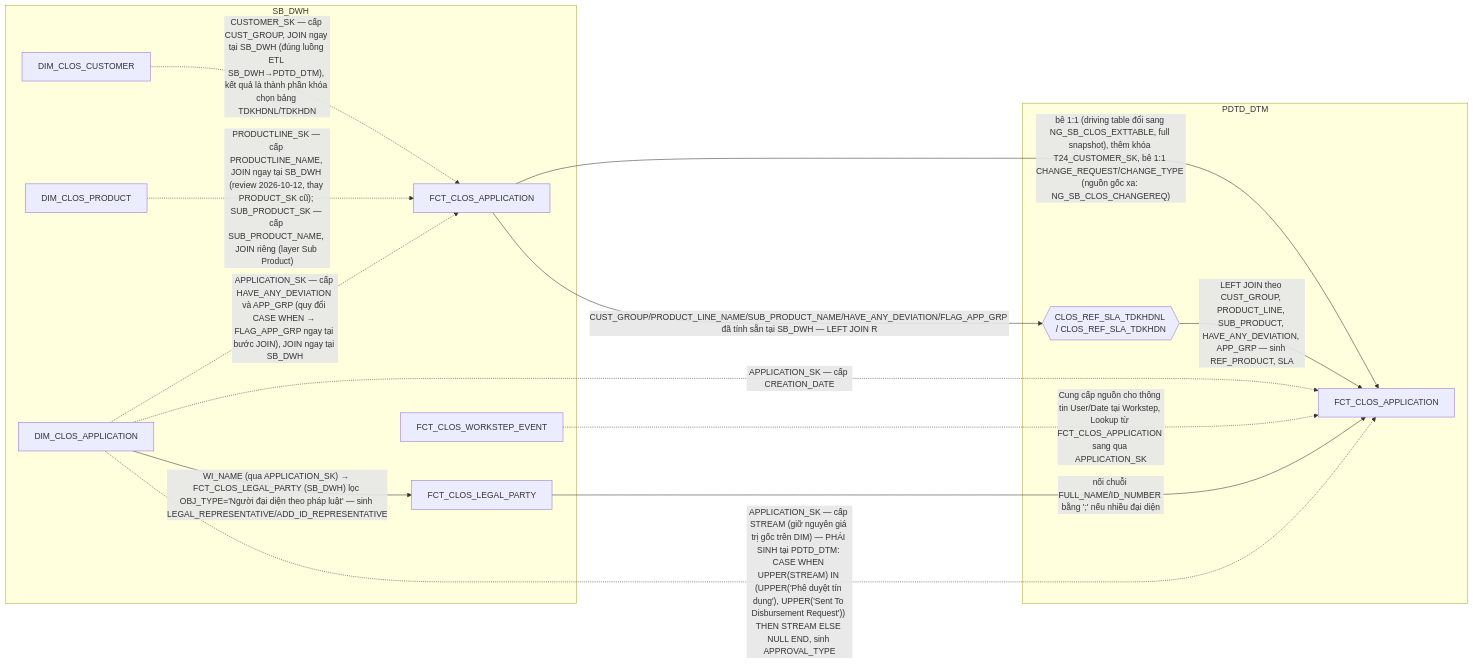
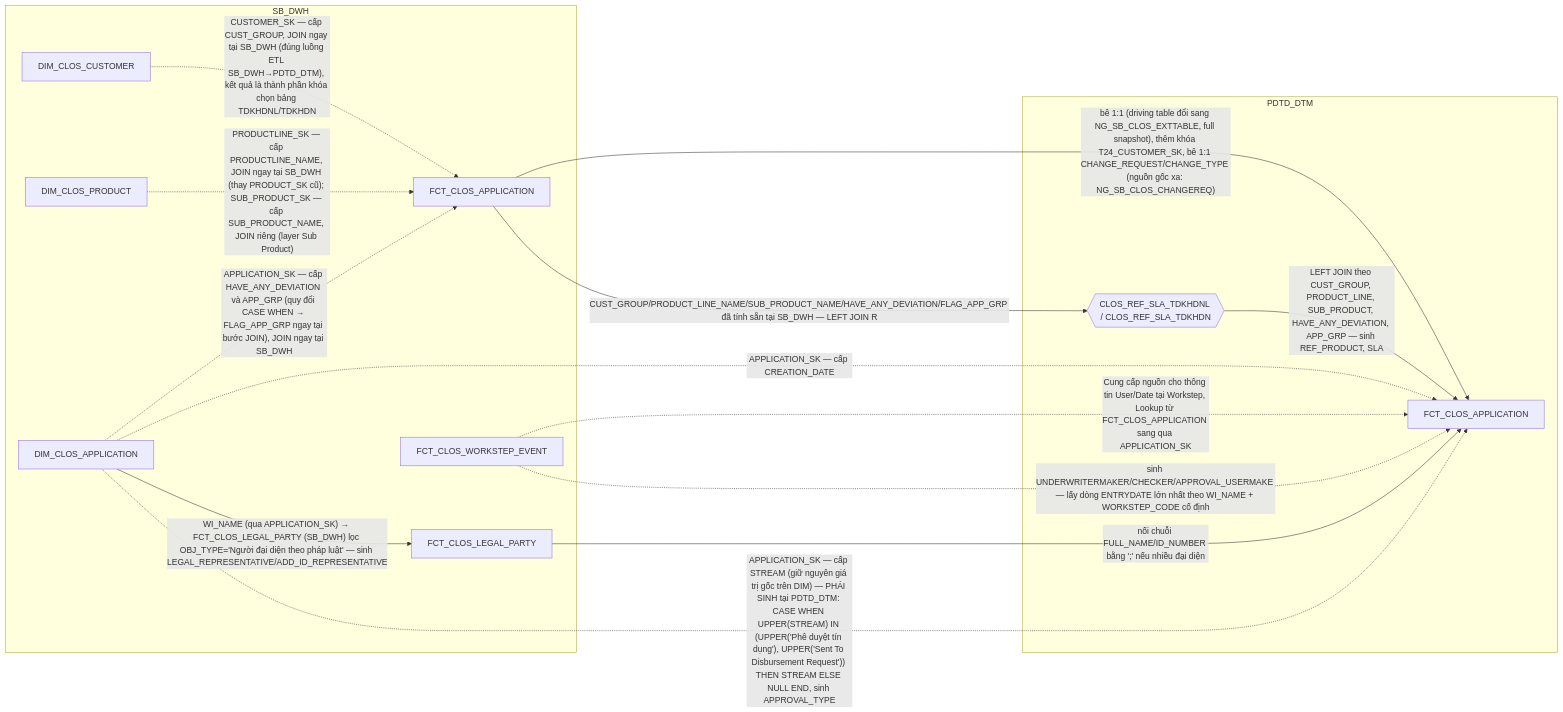
Before and after one commit to chien1198/sb-mapping-gen: the fourth of 19 diagrams in hld/hld_review/HLD_FCT_PDTD_DTM_review.md, drawn with Mermaid. The commit also changed other lines of this file and 160 other files, not shown here.

````diff
--- a/hld/hld_review/HLD_FCT_PDTD_DTM_review.md
+++ b/hld/hld_review/HLD_FCT_PDTD_DTM_review.md
@@ -233,26 +233,27 @@
 ```mermaid
 flowchart LR
     subgraph SB_DWH
         C["FCT_CLOS_APPLICATION"]
         SK["DIM_CLOS_CUSTOMER"]
         SH["DIM_CLOS_PRODUCT"]
         SCA["DIM_CLOS_APPLICATION"]
         SLP["FCT_CLOS_LEGAL_PARTY"]
         WE["FCT_CLOS_WORKSTEP_EVENT"]
     end
     subgraph PDTD_DTM
         R{{"CLOS_REF_SLA_TDKHDNL / CLOS_REF_SLA_TDKHDN"}}
         D["FCT_CLOS_APPLICATION"]
     end
     C -->|"bê 1:1 (driving table đổi sang NG_SB_CLOS_EXTTABLE, full snapshot), thêm khóa T24_CUSTOMER_SK, bê 1:1 CHANGE_REQUEST/CHANGE_TYPE (nguồn gốc xa: NG_SB_CLOS_CHANGEREQ)"| D
     SK -.->|"CUSTOMER_SK — cấp CUST_GROUP, JOIN ngay tại SB_DWH (đúng luồng ETL SB_DWH→PDTD_DTM), kết quả là thành phần khóa chọn bảng TDKHDNL/TDKHDN"| C
-    SH -.->|"PRODUCTLINE_SK — cấp PRODUCTLINE_NAME, JOIN ngay tại SB_DWH (review 2026-10-12, thay PRODUCT_SK cũ); SUB_PRODUCT_SK — cấp SUB_PRODUCT_NAME, JOIN riêng (layer Sub Product)"| C
+    SH -.->|"PRODUCTLINE_SK — cấp PRODUCTLINE_NAME, JOIN ngay tại SB_DWH (thay PRODUCT_SK cũ); SUB_PRODUCT_SK — cấp SUB_PRODUCT_NAME, JOIN riêng (layer Sub Product)"| C
     SCA -.->|"APPLICATION_SK — cấp HAVE_ANY_DEVIATION và APP_GRP (quy đổi CASE WHEN → FLAG_APP_GRP ngay tại bước JOIN), JOIN ngay tại SB_DWH"| C
     SCA -.->|"APPLICATION_SK — cấp CREATION_DATE"| D
     C -->|"CUST_GROUP/PRODUCT_LINE_NAME/SUB_PRODUCT_NAME/HAVE_ANY_DEVIATION/FLAG_APP_GRP đã tính sẵn tại SB_DWH — LEFT JOIN R"| R
     R -->|"LEFT JOIN theo CUST_GROUP, PRODUCT_LINE, SUB_PRODUCT, HAVE_ANY_DEVIATION, APP_GRP — sinh REF_PRODUCT, SLA"| D
     SCA -->|"WI_NAME (qua APPLICATION_SK) → FCT_CLOS_LEGAL_PARTY (SB_DWH) lọc OBJ_TYPE='Người đại diện theo pháp luật' — sinh LEGAL_REPRESENTATIVE/ADD_ID_REPRESENTATIVE"| SLP
     SLP -->|"nối chuỗi FULL_NAME/ID_NUMBER bằng ';' nếu nhiều đại diện"| D
     SCA -.->|"APPLICATION_SK — cấp STREAM (giữ nguyên giá trị gốc trên DIM) — PHÁI SINH tại PDTD_DTM: CASE WHEN UPPER(STREAM) IN (UPPER('Phê duyệt tín dụng'), UPPER('Sent To Disbursement Request')) THEN STREAM ELSE NULL END, sinh APPROVAL_TYPE"| D
     WE -.->|"Cung cấp nguồn cho thông tin User/Date tại Workstep, Lookup từ FCT_CLOS_APPLICATION sang qua APPLICATION_SK"| D
+    WE -.->|"sinh UNDERWRITERMAKER/CHECKER/APPROVAL_USERMAKE — lấy dòng ENTRYDATE lớn nhất theo WI_NAME + WORKSTEP_CODE cố định"| D
 ```
````
